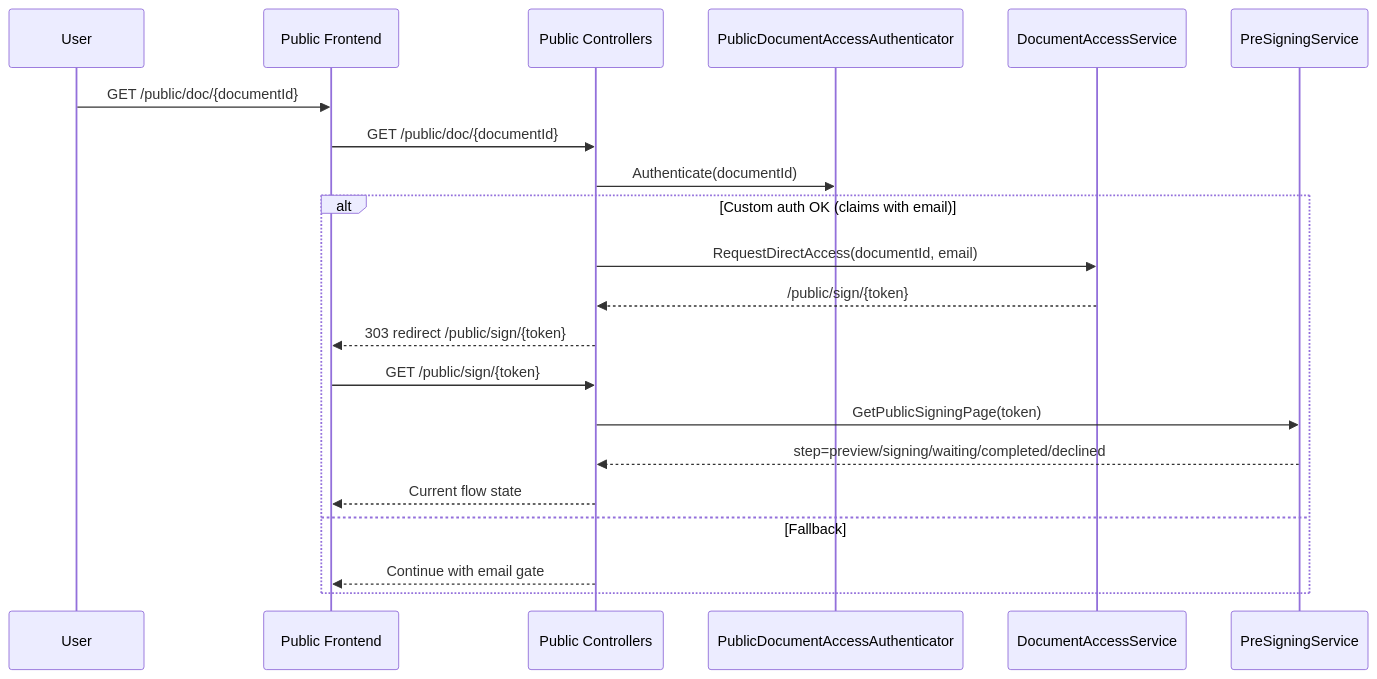
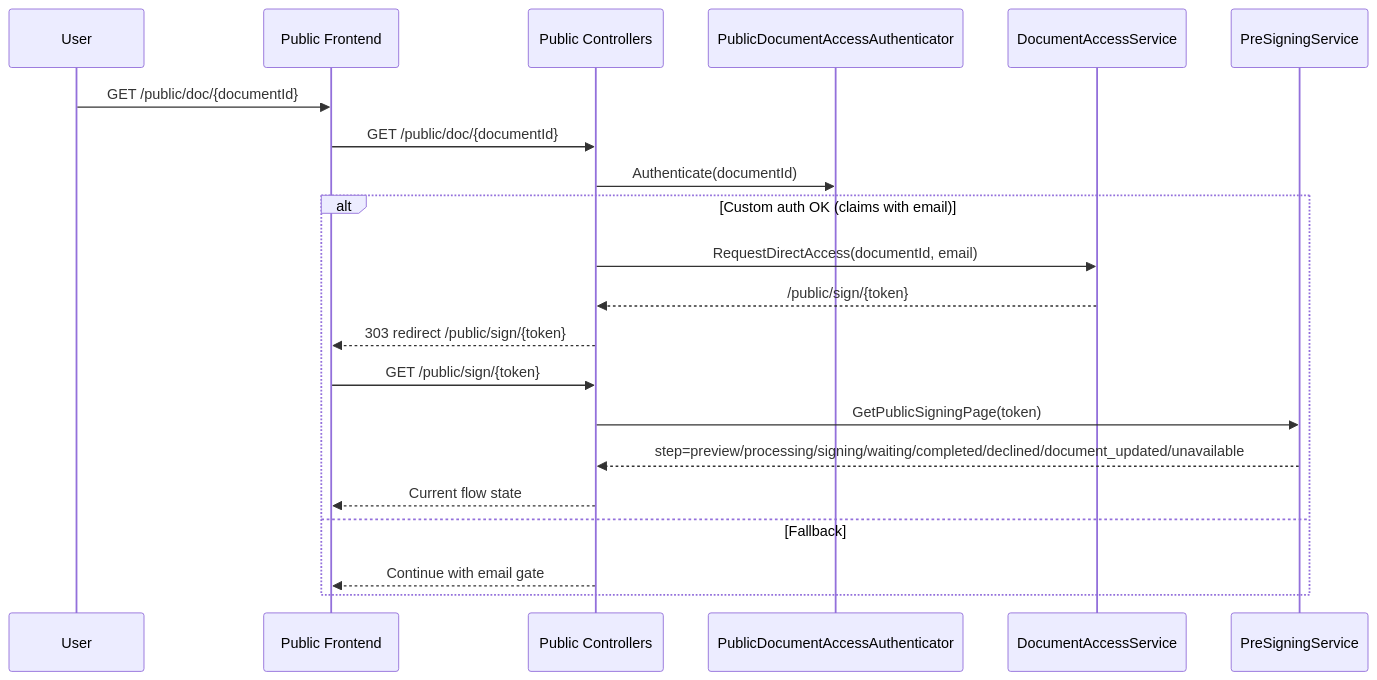
Before and after one commit to rendis/doc-assembly: the second of 3 diagrams in docs/public-signing-flow-detail.md, drawn with Mermaid. The commit also changed other lines of this file and 293 other files, not shown here.

Commit message:
feat: implement signing attempts river flow

````diff
--- a/docs/public-signing-flow-detail.md
+++ b/docs/public-signing-flow-detail.md
@@ -151,25 +169,25 @@
 ```mermaid
 sequenceDiagram
     participant U as User
     participant FE as Public Frontend
     participant API as Public Controllers
     participant AUTH as PublicDocumentAccessAuthenticator
     participant ACC as DocumentAccessService
     participant SIGN as PreSigningService
 
     U->>FE: GET /public/doc/{documentId}
     FE->>API: GET /public/doc/{documentId}
     API->>AUTH: Authenticate(documentId)
 
     alt Custom auth OK (claims with email)
         API->>ACC: RequestDirectAccess(documentId, email)
         ACC-->>API: /public/sign/{token}
         API-->>FE: 303 redirect /public/sign/{token}
         FE->>API: GET /public/sign/{token}
         API->>SIGN: GetPublicSigningPage(token)
-        SIGN-->>API: step=preview/signing/waiting/completed/declined
+        SIGN-->>API: step=preview/processing/signing/waiting/completed/declined/document_updated/unavailable
         API-->>FE: Current flow state
     else Fallback
         API-->>FE: Continue with email gate
     end
 ```
````
